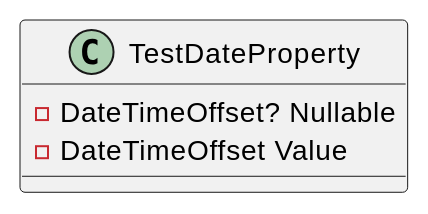
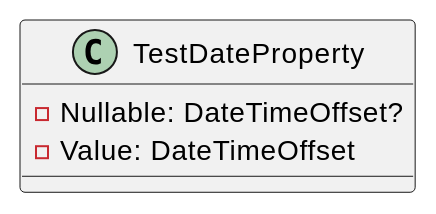
One commit to mwwhited-forks/dotnet-libs changed the second of 5 diagrams in docs/generated/Framework/Eliassen.System.Tests/TestTargets/Documentation.md. Above: the diagram before and after it, drawn with PlantUML. The commit also changed other lines of this file and 444 other files, not shown here.

````diff
--- a/docs/generated/Framework/Eliassen.System.Tests/TestTargets/Documentation.md
+++ b/docs/generated/Framework/Eliassen.System.Tests/TestTargets/Documentation.md
@@ -35,8 +24,8 @@
 ```plantuml
 @startuml
 class TestDateProperty {
-  - DateTimeOffset? Nullable
-  - DateTimeOffset Value
+  - Nullable: DateTimeOffset?
+  - Value: DateTimeOffset
 }
 @enduml
 ```
````
